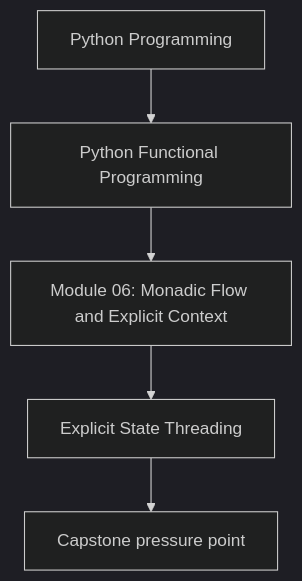
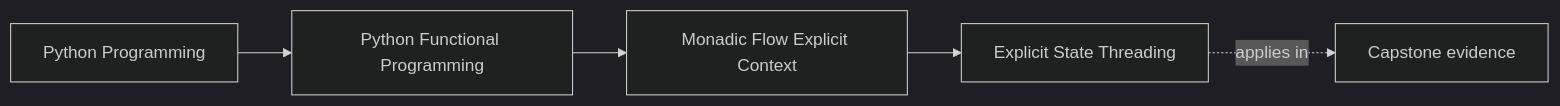
Before and after one commit to bijux/bijux-masterclass: the first of 2 diagrams in programs/python-programming/python-functional-programming/course-book/module-06-monadic-flow-explicit-context/explicit-state-threading.md, drawn with Mermaid (dark theme). The commit also changed other lines of this file and 108 other files, not shown here.

Commit message:
docs(python-functional-programming): map capstone and advanced design surfaces

````diff
--- a/programs/python-programming/python-functional-programming/course-book/module-06-monadic-flow-explicit-context/explicit-state-threading.md
+++ b/programs/python-programming/python-functional-programming/course-book/module-06-monadic-flow-explicit-context/explicit-state-threading.md
@@ -7,7 +7,11 @@
 ```mermaid
-flowchart TD
-  family["Python Programming"] --> program["Python Functional Programming"]
-  program --> module["Module 06: Monadic Flow and Explicit Context"]
-  module --> concept["Explicit State Threading"]
-  concept --> capstone["Capstone pressure point"]
+graph LR
+  family["Python Programming"]
+  program["Python Functional Programming"]
+  section["Monadic Flow Explicit Context"]
+  page["Explicit State Threading"]
+  capstone["Capstone evidence"]
+
+  family --> program --> section --> page
+  page -.applies in.-> capstone
 ```
````
